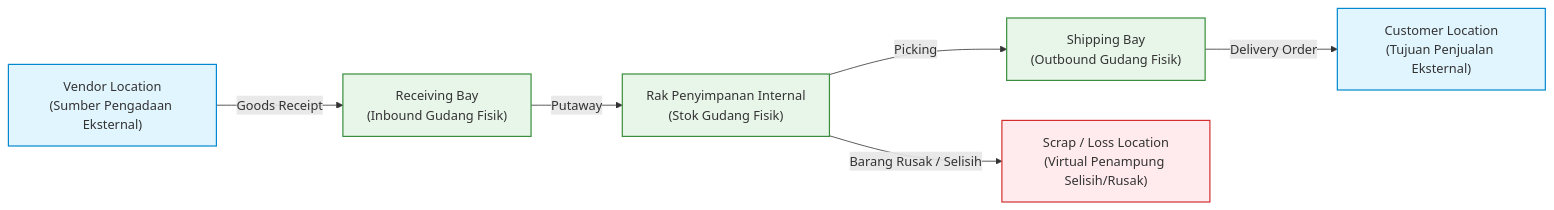
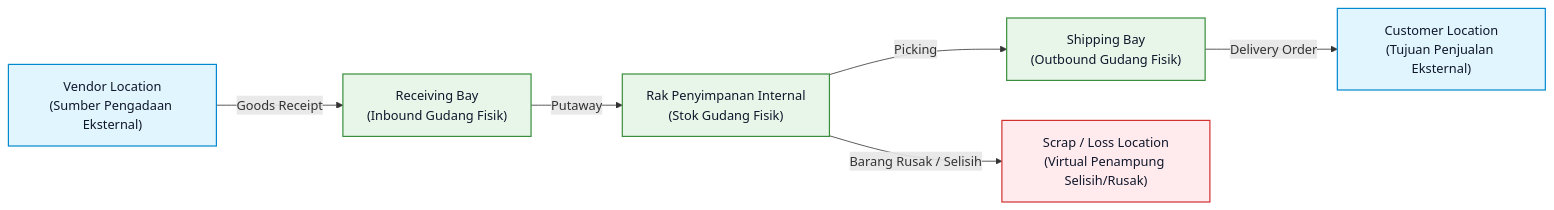
One commit to alimurrofid/erp-notes changed the second of 2 diagrams in content/05-inventory/warehouse-and-location.md. Above: the diagram before and after it, drawn with Mermaid. The commit also changed 15 other files, not shown here.

Commit message:
fix(content):Mermaid classDef darkmode text color

````diff
--- a/content/05-inventory/warehouse-and-location.md
+++ b/content/05-inventory/warehouse-and-location.md
@@ -64,23 +64,23 @@
 ```mermaid
 flowchart LR
     VendLoc["Vendor Location<br/>(Sumber Pengadaan Eksternal)"]
     RecLoc["Receiving Bay<br/>(Inbound Gudang Fisik)"]
     StockLoc["Rak Penyimpanan Internal<br/>(Stok Gudang Fisik)"]
     ShipLoc["Shipping Bay<br/>(Outbound Gudang Fisik)"]
     CustLoc["Customer Location<br/>(Tujuan Penjualan Eksternal)"]
     ScrapLoc["Scrap / Loss Location<br/>(Virtual Penampung Selisih/Rusak)"]
 
     VendLoc -->|"Goods Receipt"| RecLoc
     RecLoc -->|"Putaway"| StockLoc
     StockLoc -->|"Picking"| ShipLoc
     ShipLoc -->|"Delivery Order"| CustLoc
     StockLoc -->|"Barang Rusak / Selisih"| ScrapLoc
 
-    classDef external fill:#e1f5fe,stroke:#0288d1,stroke-width:1.5px;
-    classDef physical fill:#e8f5e9,stroke:#388e3c,stroke-width:1.5px;
-    classDef loss fill:#ffebee,stroke:#d32f2f,stroke-width:1.5px;
+    classDef external fill:#e1f5fe,stroke:#0288d1,stroke-width:1.5px,color:#0f172a;
+    classDef physical fill:#e8f5e9,stroke:#388e3c,stroke-width:1.5px,color:#0f172a;
+    classDef loss fill:#ffebee,stroke:#d32f2f,stroke-width:1.5px,color:#0f172a;
 
     class VendLoc,CustLoc external;
     class RecLoc,StockLoc,ShipLoc physical;
     class ScrapLoc loss;
 ```
````
